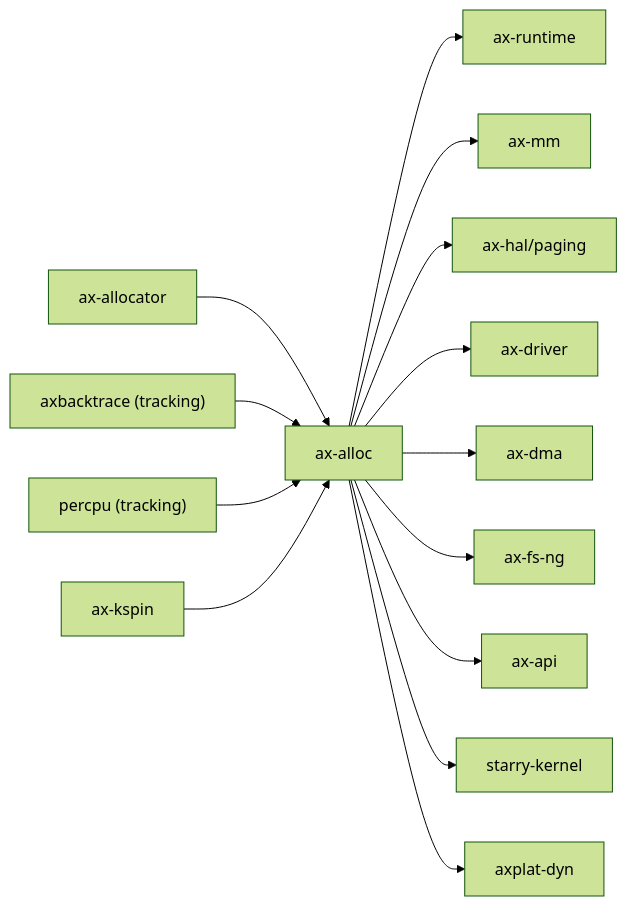
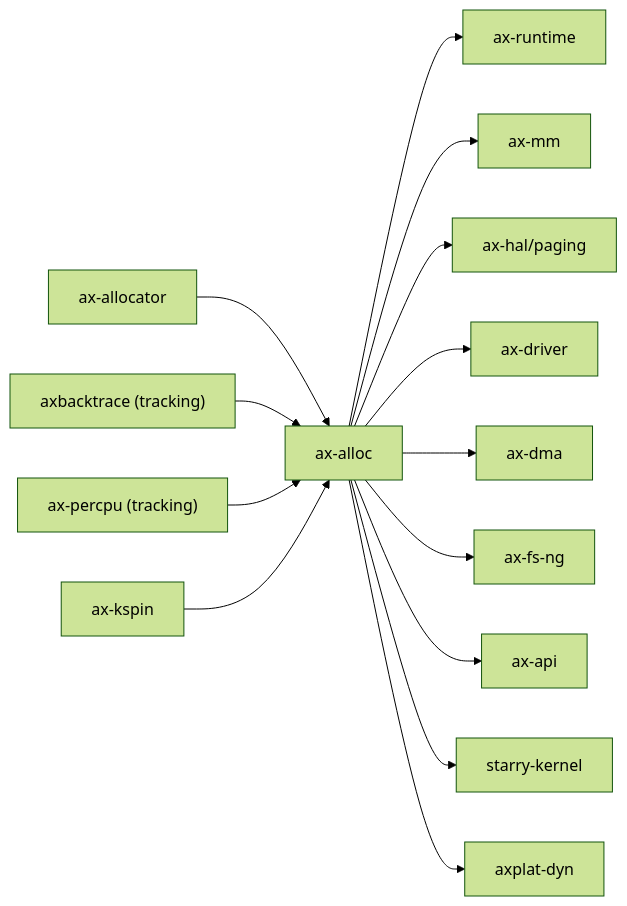
The second of 2 diagrams in docs/crates/ax-alloc.md (zKurisu/tgoskits), drawn with Mermaid (forest theme) before and after one commit. The commit also changed other lines of this file and 71 other files, not shown here.

````diff
--- a/docs/crates/ax-alloc.md
+++ b/docs/crates/ax-alloc.md
@@ -82,17 +82,17 @@
 ```mermaid
 graph LR
     ax-allocator["ax-allocator"] --> ax-alloc["ax-alloc"]
     axbacktrace["axbacktrace (tracking)"] --> ax-alloc
-    percpu["percpu (tracking)"] --> ax-alloc
+    ax-percpu["ax-percpu (tracking)"] --> ax-alloc
     ax_kspin["ax-kspin"] --> ax-alloc
 
     ax-alloc --> ax-runtime["ax-runtime"]
     ax-alloc --> ax-mm["ax-mm"]
     ax-alloc --> ax-hal["ax-hal/paging"]
     ax-alloc --> ax-driver["ax-driver"]
     ax-alloc --> ax_dma["ax-dma"]
     ax-alloc --> axfsng["ax-fs-ng"]
     ax-alloc --> ax-api["ax-api"]
     ax-alloc --> starry_kernel["starry-kernel"]
     ax-alloc --> axplat_dyn["axplat-dyn"]
 ```
````
